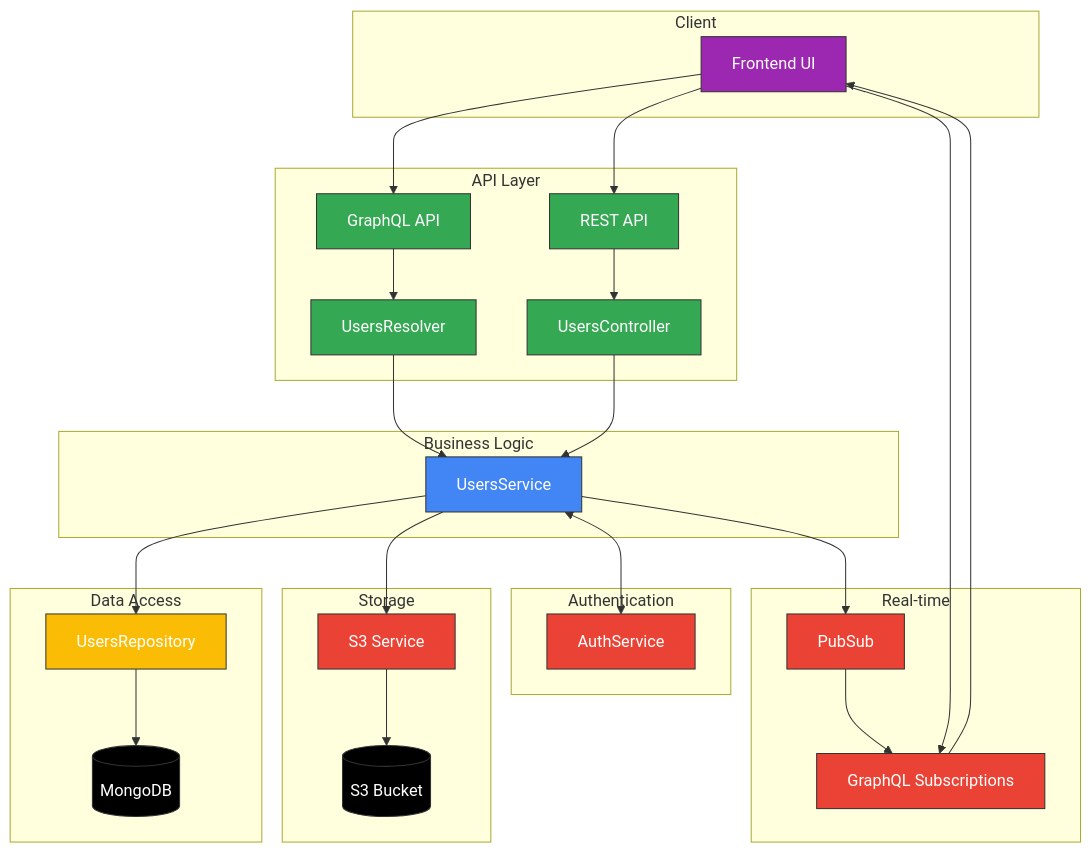
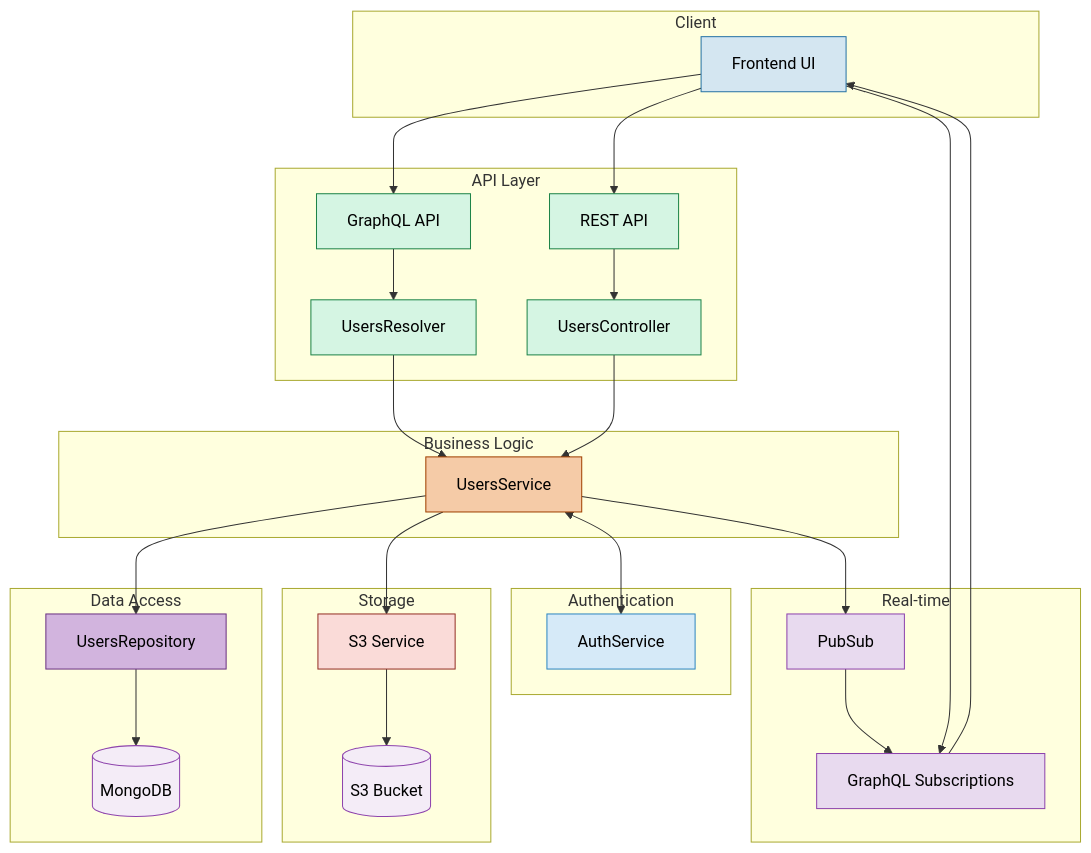
One commit to aniketdebnath/apollo-chat changed the diagram in docs/core/users.md. Above: the diagram before and after it, drawn with Mermaid. The commit also changed 10 other files, not shown here.

Commit message:
inconsistency in diagrams fixed, updated with high contrast fill color suitable for github dark mode

````diff
--- a/docs/core/users.md
+++ b/docs/core/users.md
@@ -20,79 +20,82 @@
 ```mermaid
 flowchart TD
     subgraph "Client"
         UI["Frontend UI"]
     end
 
     subgraph "API Layer"
         GQL["GraphQL API"]
         REST["REST API"]
         UC["UsersController"]
         UR["UsersResolver"]
     end
 
     subgraph "Business Logic"
         US["UsersService"]
     end
 
     subgraph "Data Access"
         URepo["UsersRepository"]
         DB[(MongoDB)]
     end
 
     subgraph "Storage"
         S3["S3 Service"]
         Bucket[(S3 Bucket)]
     end
 
     subgraph "Authentication"
         Auth["AuthService"]
     end
 
     subgraph "Real-time"
         PS["PubSub"]
         SUB["GraphQL Subscriptions"]
     end
 
     %% Client to API
     UI --> GQL
     UI --> REST
     UI --> SUB
 
     %% API to Service
     GQL --> UR
     REST --> UC
     UR --> US
     UC --> US
 
     %% Service to Repository
     US --> URepo
     URepo --> DB
 
     %% Service to Storage
     US --> S3
     S3 --> Bucket
 
     %% Service to Auth
     US <--> Auth
 
     %% Real-time flow
     US --> PS
     PS --> SUB
     SUB --> UI
 
     %% Styles
-    classDef primary fill:#4285F4,stroke:#333,stroke-width:1px,color:white
-    classDef secondary fill:#34A853,stroke:#333,stroke-width:1px,color:white
-    classDef tertiary fill:#FBBC05,stroke:#333,stroke-width:1px,color:white
-    classDef quaternary fill:#EA4335,stroke:#333,stroke-width:1px,color:white
-    classDef client fill:#9C27B0,stroke:#333,stroke-width:1px,color:white
-    classDef db fill:#000000,stroke:#333,stroke-width:1px,color:white
+    classDef client fill:#D4E6F1,stroke:#2874A6,stroke-width:1px,color:#000;
+    classDef api fill:#D5F5E3,stroke:#1E8449,stroke-width:1px,color:#000;
+    classDef service fill:#F5CBA7,stroke:#A04000,stroke-width:1px,color:#000;
+    classDef repo fill:#D2B4DE,stroke:#6C3483,stroke-width:1px,color:#000;
+    classDef storage fill:#FADBD8,stroke:#943126,stroke-width:1px,color:#000;
+    classDef auth fill:#D6EAF8,stroke:#2E86C1,stroke-width:1px,color:#000;
+    classDef realtime fill:#E8DAEF,stroke:#8E44AD,stroke-width:1px,color:#000;
+    classDef db fill:#F4ECF7,stroke:#8E44AD,stroke-width:1px,color:#000;
 
     class UI client
-    class GQL,REST,UC,UR secondary
-    class US primary
-    class URepo tertiary
-    class S3,Auth quaternary
-    class PS,SUB quaternary
+    class GQL,REST,UC,UR api
+    class US service
+    class URepo repo
+    class S3 storage
+    class Auth auth
+    class PS,SUB realtime
     class DB,Bucket db
 ```
````
